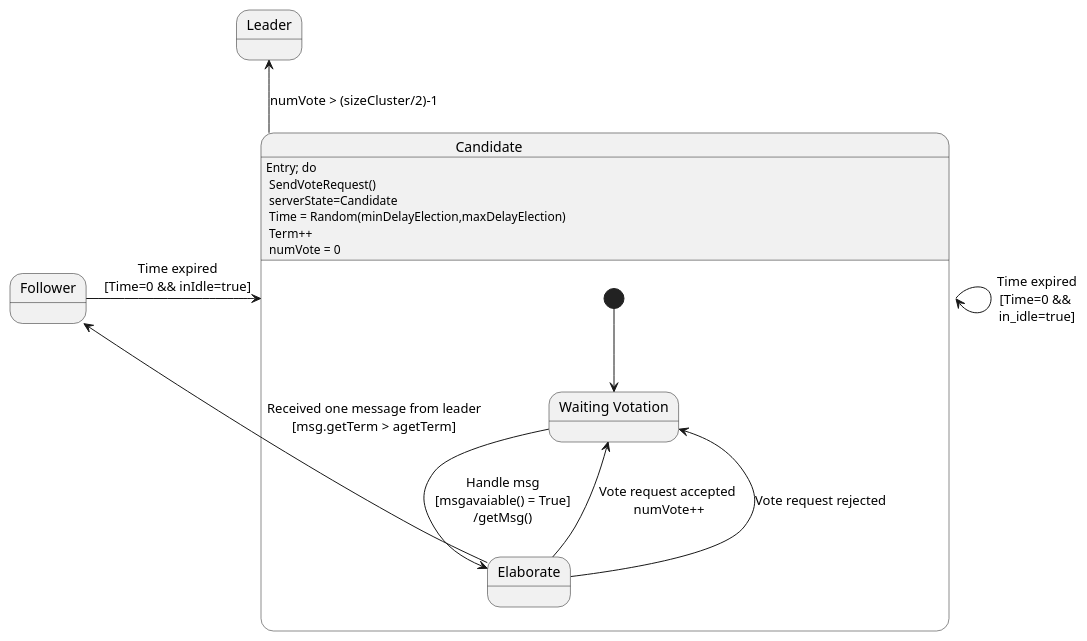
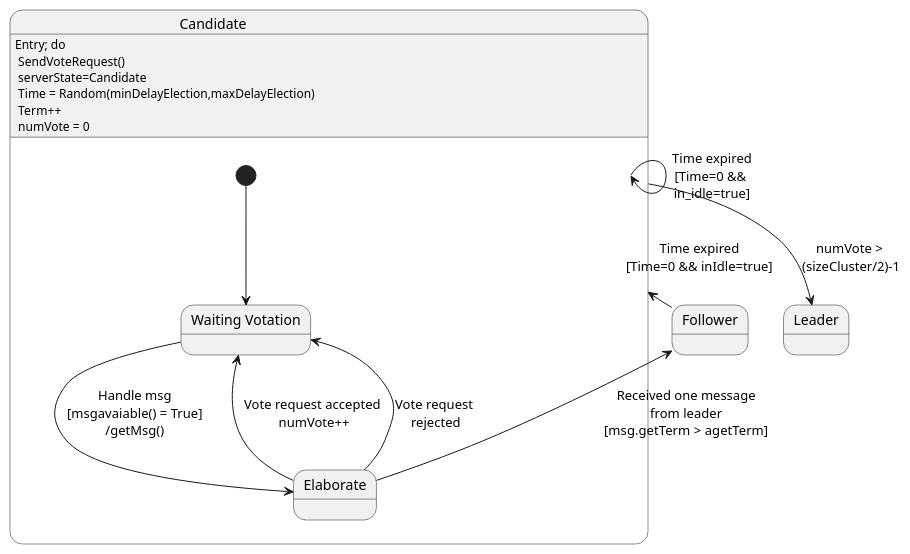
One commit to thedevstone/akka-raft changed the diagram in doc/plantuml/StateDiagram/Candidate.plantuml. Above: the diagram before and after it, drawn with PlantUML. The commit also changed 11 other files, not shown here.

```diff
--- a/doc/plantuml/StateDiagram/Candidate.plantuml
+++ b/doc/plantuml/StateDiagram/Candidate.plantuml
@@ -1,21 +1,21 @@
 @startuml
 state "Leader" as Leader
-  Candidate -u-> Leader : numVote > (sizeCluster/2)-1 
+  Candidate --> Leader : numVote > \n(sizeCluster/2)-1 
 state "Follower" as Follower
   Follower -l-> Candidate : Time expired\n[Time=0 && inIdle=true]
 state "Candidate" as Candidate {
   Candidate : Entry; do \n SendVoteRequest()\n serverState=Candidate\n Time = Random(minDelayElection,maxDelayElection)\n Term++\n numVote = 0
  
   [*] --> WaitingVotation
   state "Waiting Votation" as WaitingVotation
   state "Elaborate" as CandidateElaborate
 
   WaitingVotation --> CandidateElaborate : Handle msg\n[msgavaiable() = True]\n/getMsg()
 
   CandidateElaborate --> WaitingVotation : Vote request accepted\n numVote++
-  CandidateElaborate --> WaitingVotation :Vote request rejected
-  CandidateElaborate -u-> Follower : Received one message from leader\n[msg.getTerm > agetTerm]
+  CandidateElaborate --> WaitingVotation :Vote request \nrejected
+  CandidateElaborate -u-> Follower : Received one message\nfrom leader\n[msg.getTerm > agetTerm]
 
   Candidate --> Candidate :Time expired\n[Time=0 && \nin_idle=true]
 }
 @enduml
```
